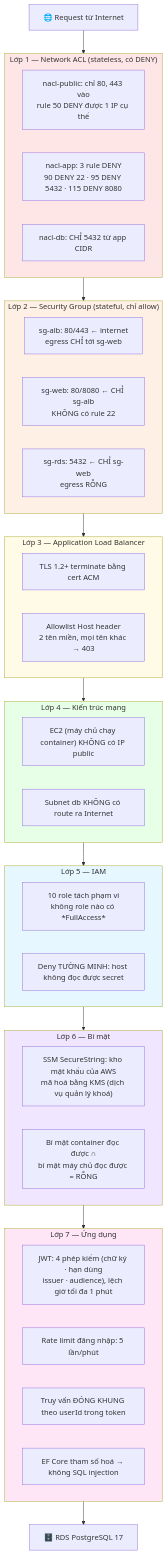
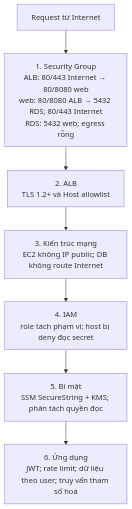
Before and after one commit to Elmira-Athena/PBL3: the first of 2 diagrams in docs/bao-mat-he-thong.md, drawn with Mermaid. The commit also changed other lines of this file and 77 other files, not shown here.

````diff
--- a/docs/bao-mat-he-thong.md
+++ b/docs/bao-mat-he-thong.md
@@ -68,55 +77,11 @@
 ```mermaid
 flowchart TB
-    A["🌐 Request từ Internet"]
-
-    subgraph L1["Lớp 1 — Network ACL (stateless, có DENY)"]
-        L1a["nacl-public: chỉ 80, 443 vào<br/>rule 50 DENY được 1 IP cụ thể"]
-        L1b["nacl-app: 3 rule DENY<br/>90 DENY 22 · 95 DENY 5432 · 115 DENY 8080"]
-        L1c["nacl-db: CHỈ 5432 từ app CIDR"]
-    end
-
-    subgraph L2["Lớp 2 — Security Group (stateful, chỉ allow)"]
-        L2a["sg-alb: 80/443 ← internet<br/>egress CHỈ tới sg-web"]
-        L2b["sg-web: 80/8080 ← CHỈ sg-alb<br/>KHÔNG có rule 22"]
-        L2c["sg-rds: 5432 ← CHỈ sg-web<br/>egress RỖNG"]
-    end
-
-    subgraph L3["Lớp 3 — Application Load Balancer"]
-        L3a["TLS 1.2+ terminate bằng cert ACM"]
-        L3b["Allowlist Host header<br/>2 tên miền, mọi tên khác → 403"]
-    end
-
-    subgraph L4["Lớp 4 — Kiến trúc mạng"]
-        L4a["EC2 (máy chủ chạy container) KHÔNG có IP public"]
-        L4b["Subnet db KHÔNG có route ra Internet"]
-    end
-
-    subgraph L5["Lớp 5 — IAM"]
-        L5a["10 role tách phạm vi<br/>không role nào có *FullAccess*"]
-        L5b["Deny TƯỜNG MINH: host không đọc được secret"]
-    end
-
-    subgraph L6["Lớp 6 — Bí mật"]
-        L6a["SSM SecureString: kho mật khẩu của AWS<br/>mã hoá bằng KMS (dịch vụ quản lý khoá)"]
-        L6b["Bí mật container đọc được ∩<br/>bí mật máy chủ đọc được = RỖNG"]
-    end
-
-    subgraph L7["Lớp 7 — Ứng dụng"]
-        L7a["JWT: 4 phép kiểm (chữ ký · hạn dùng<br/>issuer · audience), lệch giờ tối đa 1 phút"]
-        L7b["Rate limit đăng nhập: 5 lần/phút"]
-        L7c["Truy vấn ĐÓNG KHUNG theo userId trong token"]
-        L7d["EF Core tham số hoá → không SQL injection"]
-    end
-
-    DB["🗄️ RDS PostgreSQL 17"]
-
-    A --> L1 --> L2 --> L3 --> L4 --> L5 --> L6 --> L7 --> DB
-
-    style L1 fill:#ffe6e6
-    style L2 fill:#fff0e6
-    style L3 fill:#fffbe6
-    style L4 fill:#e6ffe6
-    style L5 fill:#e6f7ff
-    style L6 fill:#f0e6ff
-    style L7 fill:#ffe6f7
+    A["Request từ Internet"]
+    L2["1. Security Group<br/>ALB: 80/443 Internet → 80/8080 web<br/>web: 80/8080 ALB → 5432 RDS; 80/443 Internet<br/>RDS: 5432 web; egress rỗng"]
+    L3["2. ALB<br/>TLS 1.2+ và Host allowlist"]
+    L4["3. Kiến trúc mạng<br/>EC2 không IP public; DB không route Internet"]
+    L5["4. IAM<br/>role tách phạm vi; host bị deny đọc secret"]
+    L6["5. Bí mật<br/>SSM SecureString + KMS; phân tách quyền đọc"]
+    L7["6. Ứng dụng<br/>JWT; rate limit; dữ liệu theo user; truy vấn tham số hoá"]
+    A --> L2 --> L3 --> L4 --> L5 --> L6 --> L7
 ```
````
